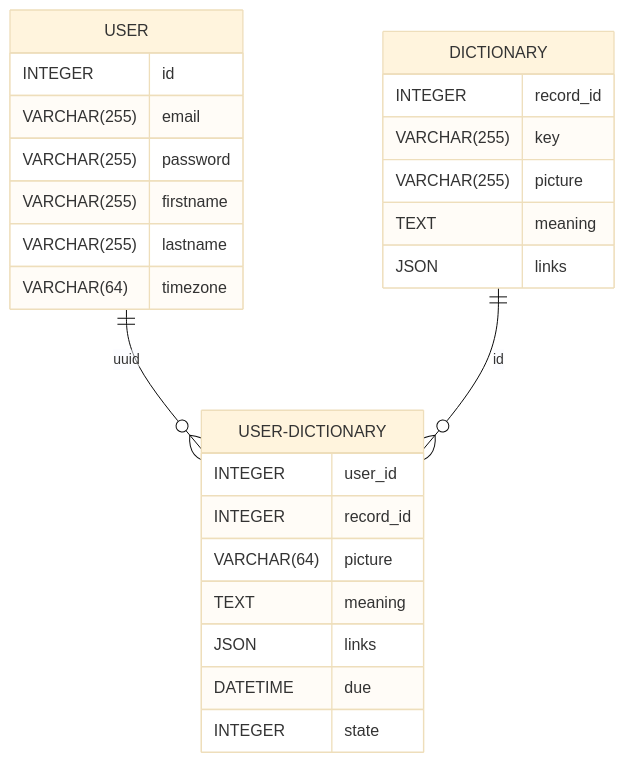
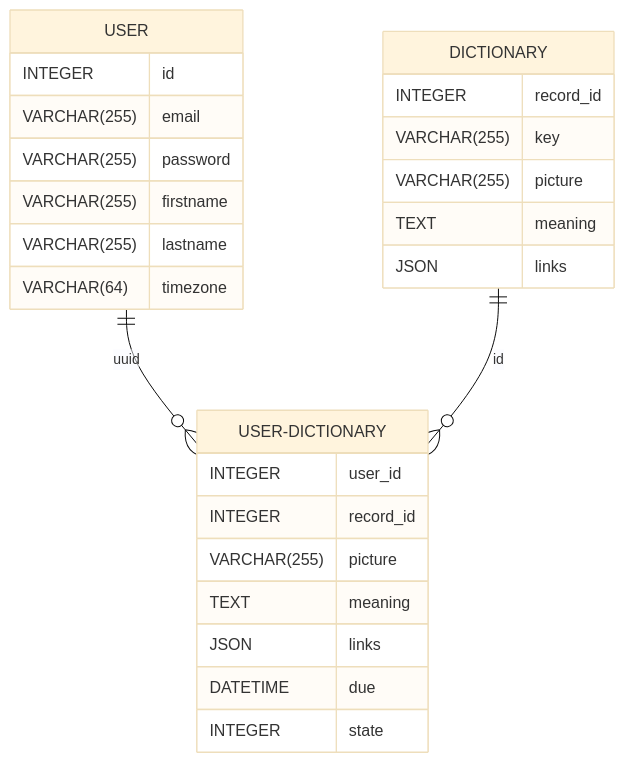
One commit to np25071984/lexi-cycle changed the second of 2 diagrams in README.md. Above: the diagram before and after it, drawn with Mermaid (base theme). The commit also changed 5 other files, not shown here.

````diff
--- a/README.md
+++ b/README.md
@@ -51,29 +51,29 @@
 ```mermaid
 erDiagram
     USER {
         INTEGER id
         VARCHAR(255) email
         VARCHAR(255) password
         VARCHAR(255) firstname
         VARCHAR(255) lastname
         VARCHAR(64) timezone
     }
     DICTIONARY {
         INTEGER record_id
         VARCHAR(255) key
         VARCHAR(255) picture
         TEXT meaning
         JSON links
     }
     USER-DICTIONARY {
         INTEGER user_id
         INTEGER record_id
-        VARCHAR(64) picture
+        VARCHAR(255) picture
         TEXT meaning
         JSON links
         DATETIME due
         INTEGER state
     }
     USER ||--o{ USER-DICTIONARY : uuid
     DICTIONARY ||--o{ USER-DICTIONARY : id
 ```
````
